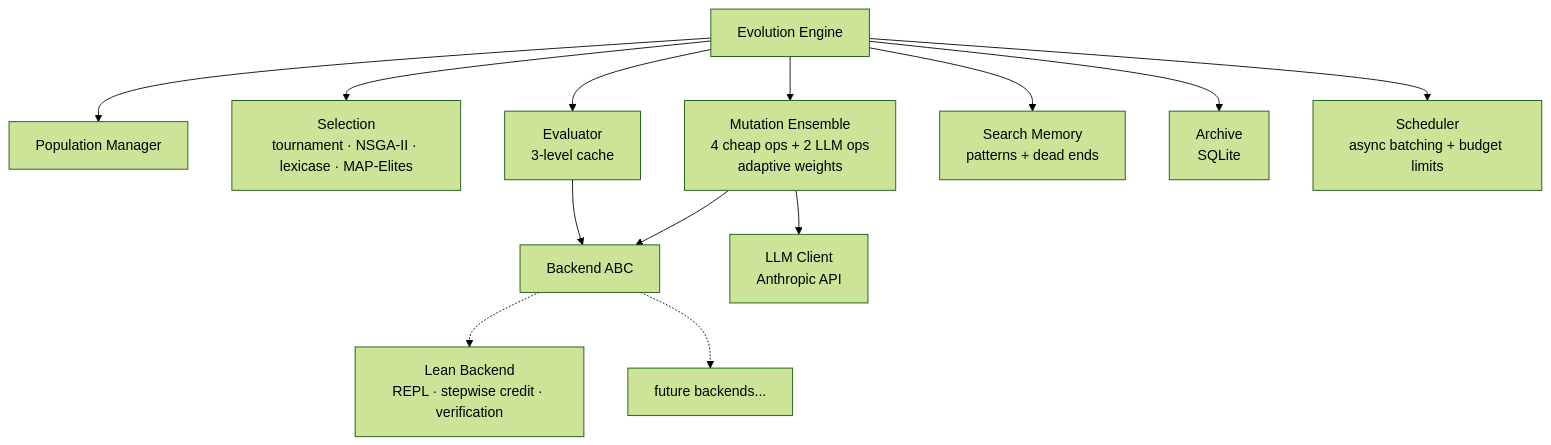
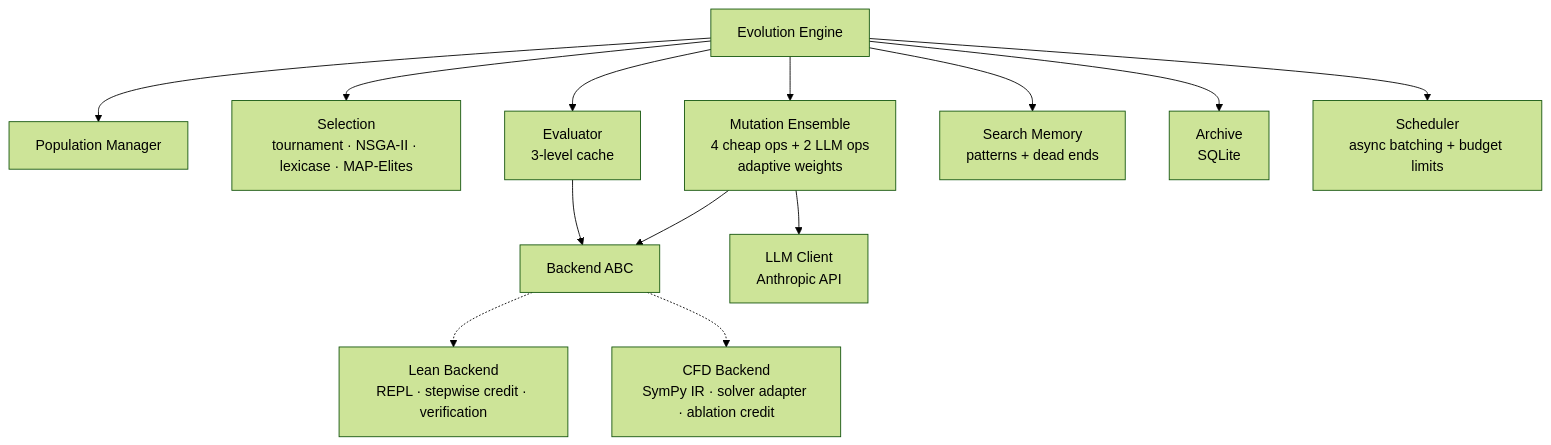
The second of 2 diagrams in README.md (slink/evoforge), drawn with Mermaid (forest theme) before and after one commit. The commit also changed other lines of this file and 1 other file, not shown here.

Commit message:
Document CFD backend architecture and Lean-to-CFD pivot

````diff
--- a/README.md
+++ b/README.md
@@ -39,16 +39,16 @@
 ```mermaid
 graph TD
     Engine[Evolution Engine]
     Engine --> Pop[Population Manager]
     Engine --> Sel[Selection<br/>tournament · NSGA-II · lexicase · MAP-Elites]
     Engine --> Mut[Mutation Ensemble<br/>4 cheap ops + 2 LLM ops<br/>adaptive weights]
     Engine --> Eval[Evaluator<br/>3-level cache]
     Engine --> Mem[Search Memory<br/>patterns + dead ends]
     Engine --> Arc[Archive<br/>SQLite]
     Engine --> Sched[Scheduler<br/>async batching + budget limits]
     Mut --> Backend[Backend ABC]
     Mut --> LLM[LLM Client<br/>Anthropic API]
     Eval --> Backend
     Backend -.-> Lean[Lean Backend<br/>REPL · stepwise credit · verification]
-    Backend -.-> Future[future backends...]
+    Backend -.-> CFD[CFD Backend<br/>SymPy IR · solver adapter · ablation credit]
 ```
````
